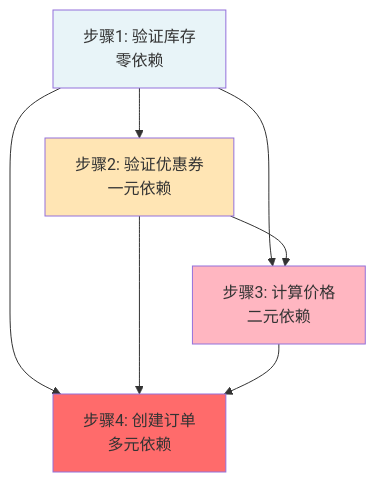
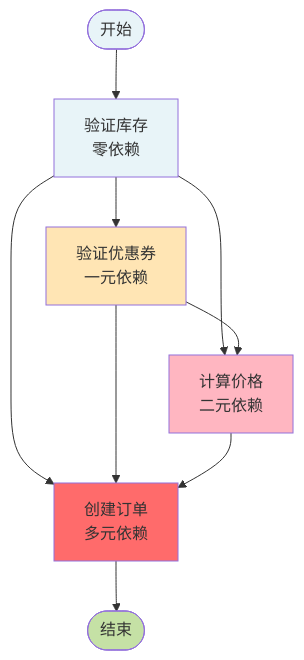
One commit to vanchan5/dolphinscheduler changed diagram 15 of 22 in 1-知识点/1-线程安全/异步编程/1-CompletableFuture.md. Above: the diagram before and after it, drawn with Mermaid. The commit also changed other lines of this file and 1 other file, not shown here.

````diff
--- a/1-知识点/1-线程安全/异步编程/1-CompletableFuture.md
+++ b/1-知识点/1-线程安全/异步编程/1-CompletableFuture.md
@@ -1037,14 +977,21 @@
 ```mermaid
-graph TD
-    A[步骤1: 验证库存<br/>零依赖] --> B[步骤2: 验证优惠券<br/>一元依赖]
-    A --> C[步骤3: 计算价格<br/>二元依赖]
-    B --> C
-    A --> D[步骤4: 创建订单<br/>多元依赖]
-    B --> D
-    C --> D
+flowchart TD
+    Start([开始]) --> T1[验证库存<br/>零依赖]
     
-    style A fill:#E8F4F8
-    style B fill:#FFE5B4
-    style C fill:#FFB6C1
-    style D fill:#FF6B6B
+    T1 --> T2[验证优惠券<br/>一元依赖]
+    T1 --> T3[计算价格<br/>二元依赖]
+    T2 --> T3
+    
+    T1 --> T4[创建订单<br/>多元依赖]
+    T2 --> T4
+    T3 --> T4
+    
+    T4 --> End([结束])
+    
+    style Start fill:#E8F4F8
+    style T1 fill:#E8F4F8
+    style T2 fill:#FFE5B4
+    style T3 fill:#FFB6C1
+    style T4 fill:#FF6B6B
+    style End fill:#C5E1A5
 ```
````
